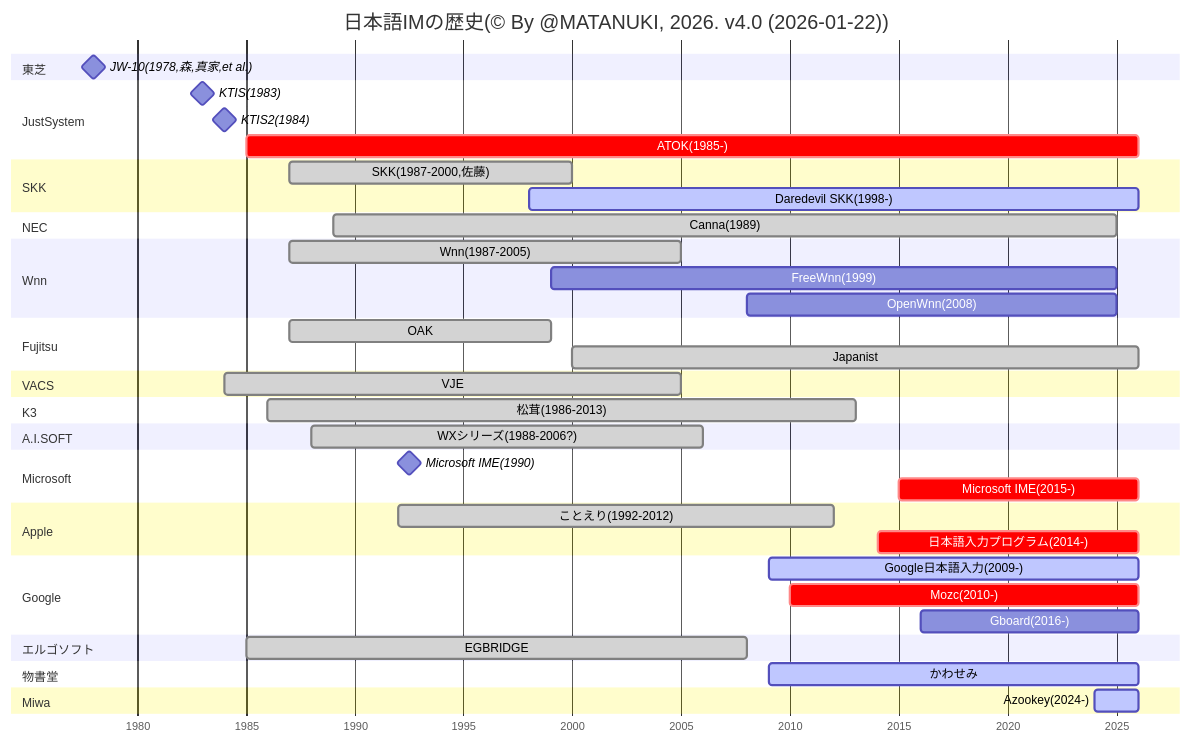
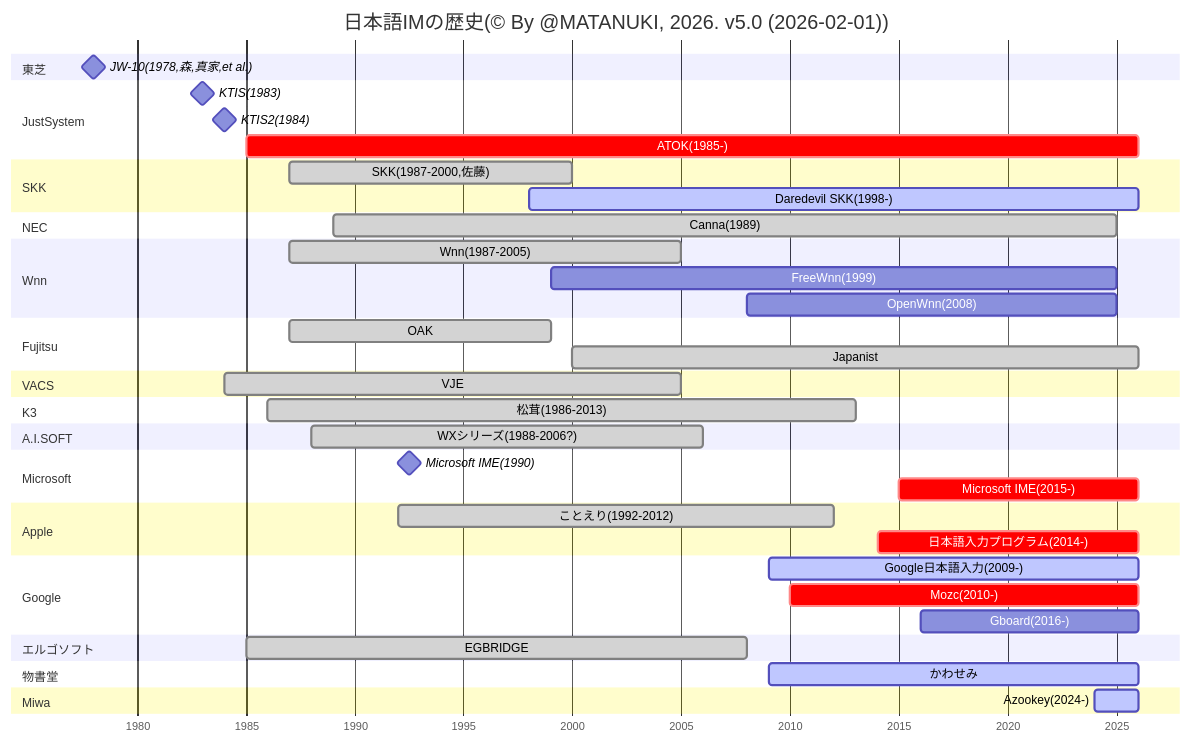
The diagram in v4.mmd (TanukiMa/history_of_Japanese_input_method), drawn with Mermaid before and after one commit.

Commit message:
Changes to be committed: 	modified:   v4.mmd 	edition date fix

```diff
--- a/v4.mmd
+++ b/v4.mmd
@@ -1,45 +1,45 @@
 gantt
-    title 日本語IMの歴史(© By @MATANUKI, 2026. v4.0 (2026-01-22))
+    title 日本語IMの歴史(© By @MATANUKI, 2026. v5.0 (2026-02-01))
     dateFormat YYYY
     axisFormat %Y
     todayMarker off
     section 東芝
         JW-10(1978,森,真家,et al.):milestone,1978,
     section JustSystem
         KTIS(1983):milestone,1983,
         KTIS2(1984):milestone,1984,
         ATOK(1985-):crit,1985,2026
     section SKK
         SKK(1987-2000,佐藤):done,1987,2000
         Daredevil SKK(1998-):active,1998,2026
     section NEC
         Canna(1989):done,1989,2025
     section Wnn
         Wnn(1987-2005):done,1987,2005
         FreeWnn(1999):1999,2025
         OpenWnn(2008):2008,2025
     section Fujitsu
         OAK:done,1987,1999
         Japanist:done,2000,2026
     section VACS
         VJE:done,1984,2005
     section K3
         松茸(1986-2013):done,1986,2013
     section A.I.SOFT
         WXシリーズ(1988-2006?):done,1988,2006
     section Microsoft
         Microsoft IME(1990):milestone,1990,1995
         Microsoft IME(2015-):crit,2015,2026
     section Apple
         ことえり(1992-2012):done,1992,2012
         日本語入力プログラム(2014-):crit,2014,2026
     section Google
         Google日本語入力(2009-):active,2009,2026
         Mozc(2010-):crit,2010,2026
         Gboard(2016-):2016,2026
     section エルゴソフト
         EGBRIDGE:done,1985,2008
     section 物書堂
         かわせみ:active,2009,2026
     section Miwa
         Azookey(2024-):active,2024,2026
```
